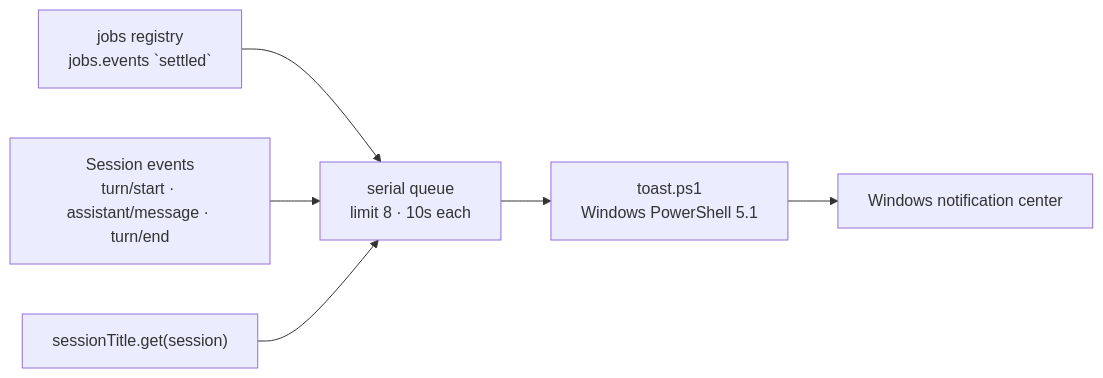
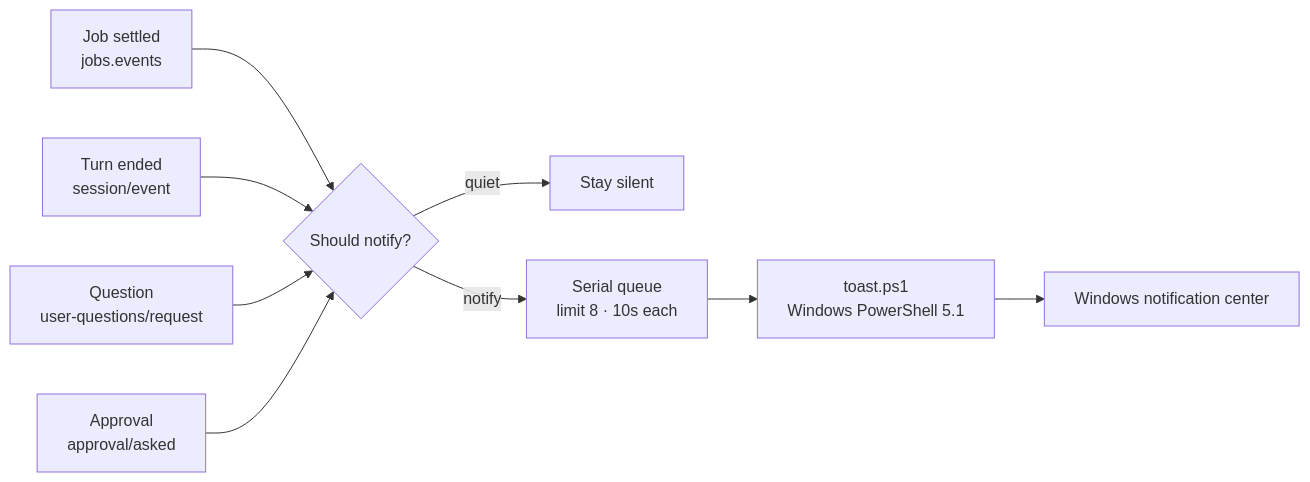
One commit to imnotRiv3r/dsh-job-notify changed the diagram in README.en.md. Above: the diagram before and after it, drawn with Mermaid. The commit also changed other lines of this file and 3 other files, not shown here.

````diff
--- a/README.en.md
+++ b/README.en.md
@@ -138,8 +168,11 @@
 ```mermaid
 flowchart LR
-  J["jobs registry<br/>jobs.events `settled`"] --> Q["serial queue<br/>limit 8 · 10s each"]
-  S["Session events<br/>turn/start · assistant/message · turn/end"] --> Q
-  T["sessionTitle.get(session)"] --> Q
-  Q --> P["toast.ps1<br/>Windows PowerShell 5.1"]
+  J["Job settled<br/>jobs.events"] --> F{Should notify?}
+  T["Turn ended<br/>session/event"] --> F
+  Q["Question<br/>user-questions/request"] --> F
+  A["Approval<br/>approval/asked"] --> F
+  F -->|quiet| X["Stay silent"]
+  F -->|notify| Q2["Serial queue<br/>limit 8 · 10s each"]
+  Q2 --> P["toast.ps1<br/>Windows PowerShell 5.1"]
   P --> W["Windows notification center"]
 ```
````
